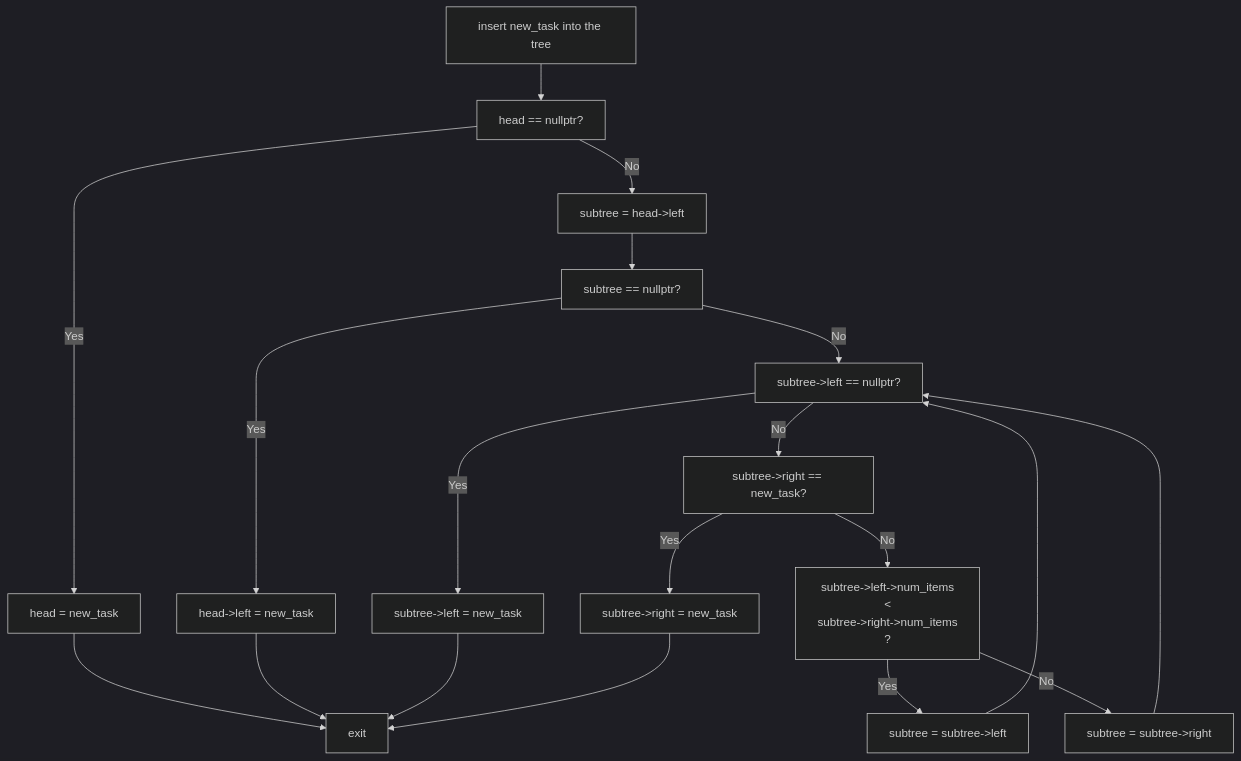
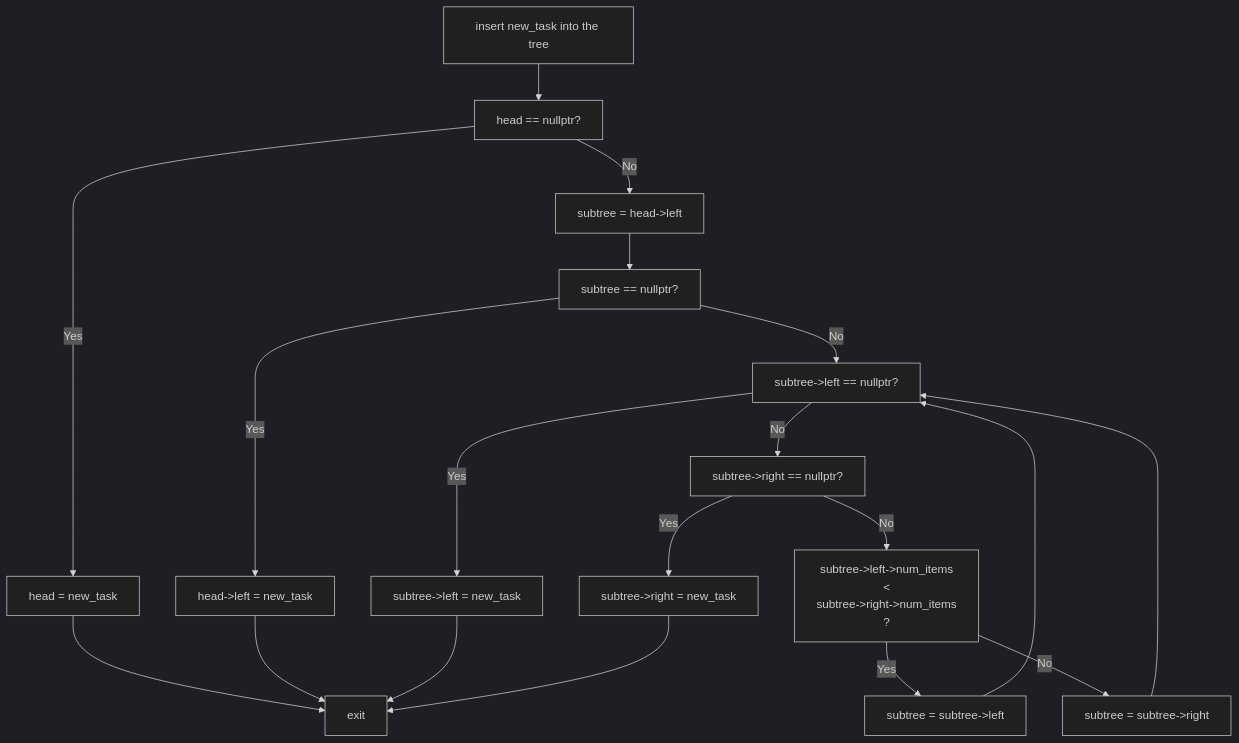
The sixth of 8 diagrams in rfcs/proposed/task_aggregation/README.md (uxlfoundation/oneTBB), drawn with Mermaid (dark theme) before and after one commit.

````diff
--- a/rfcs/proposed/task_aggregation/README.md
+++ b/rfcs/proposed/task_aggregation/README.md
@@ -330,22 +330,22 @@
 ```mermaid
 flowchart TD
 
     I[insert new_task into the tree] --> head_check[head == nullptr?]
     head_check --> |Yes| head_insert[head = new_task]
     head_check --> |No| subtree_insert[subtree = head->left]
     subtree_insert --> subtree_check[subtree == nullptr?]
     subtree_check --> |Yes| subtree_head_insert[head->left = new_task]
     subtree_check --> |No| subtree_head_left_check[subtree->left == nullptr?]
     subtree_head_left_check --> |Yes| subtree_head_left_insert[subtree->left = new_task]
-    subtree_head_left_check --> |No| subtree_head_right_check[subtree->right == new_task?]
+    subtree_head_left_check --> |No| subtree_head_right_check[subtree->right == nullptr?]
     subtree_head_right_check --> |Yes| subtree_head_right_insert[subtree->right = new_task]
     subtree_head_right_check --> |No| subtree_head_size_check[subtree->left->num_items<br><<br> subtree->right->num_items<br>?]
     subtree_head_size_check --> |Yes| subtree_switch_left[subtree = subtree->left]
     subtree_head_size_check --> |No| subtree_switch_right[subtree = subtree->right]
     subtree_switch_left --> subtree_head_left_check
     subtree_switch_right --> subtree_head_left_check
     head_insert --> exit
     subtree_head_insert --> exit
     subtree_head_left_insert --> exit
     subtree_head_right_insert --> exit
 ```
````
